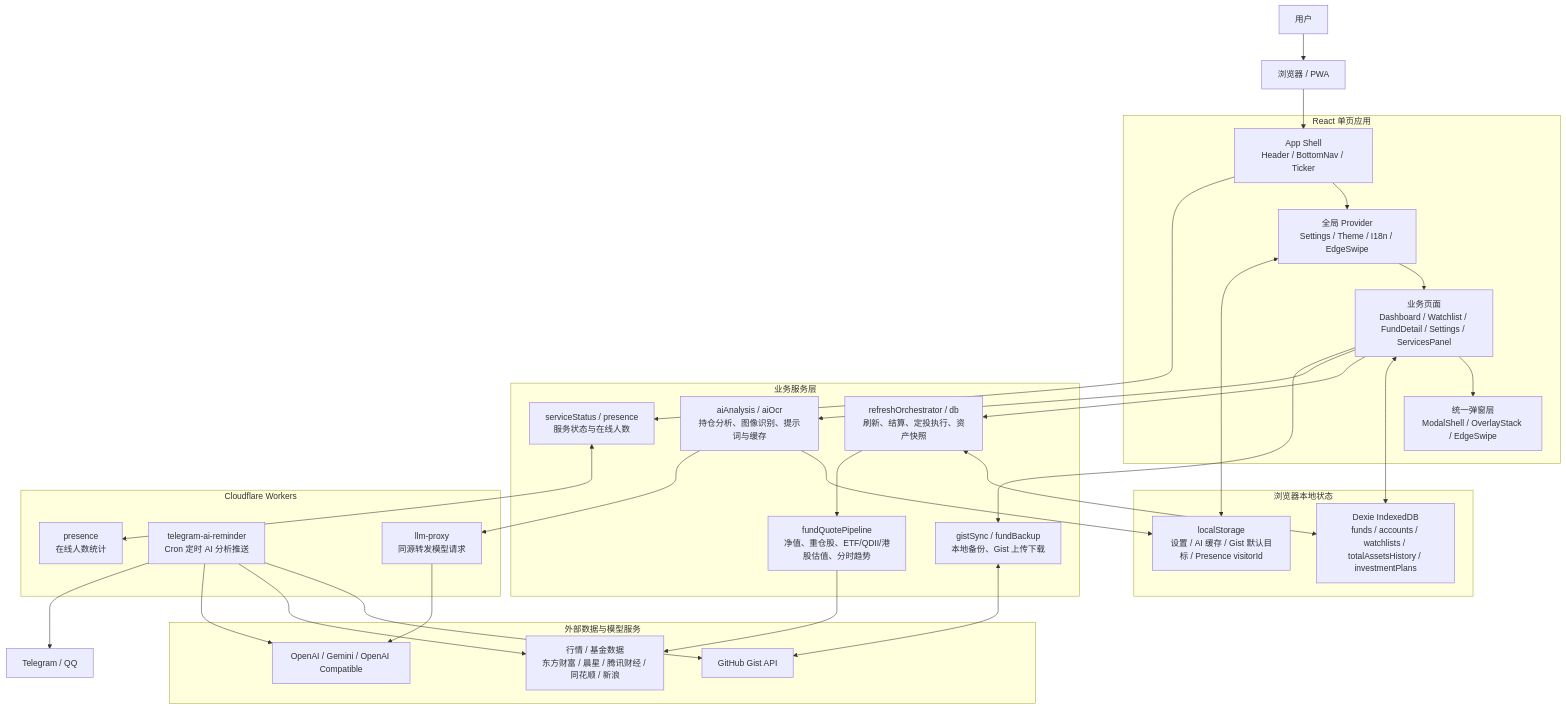
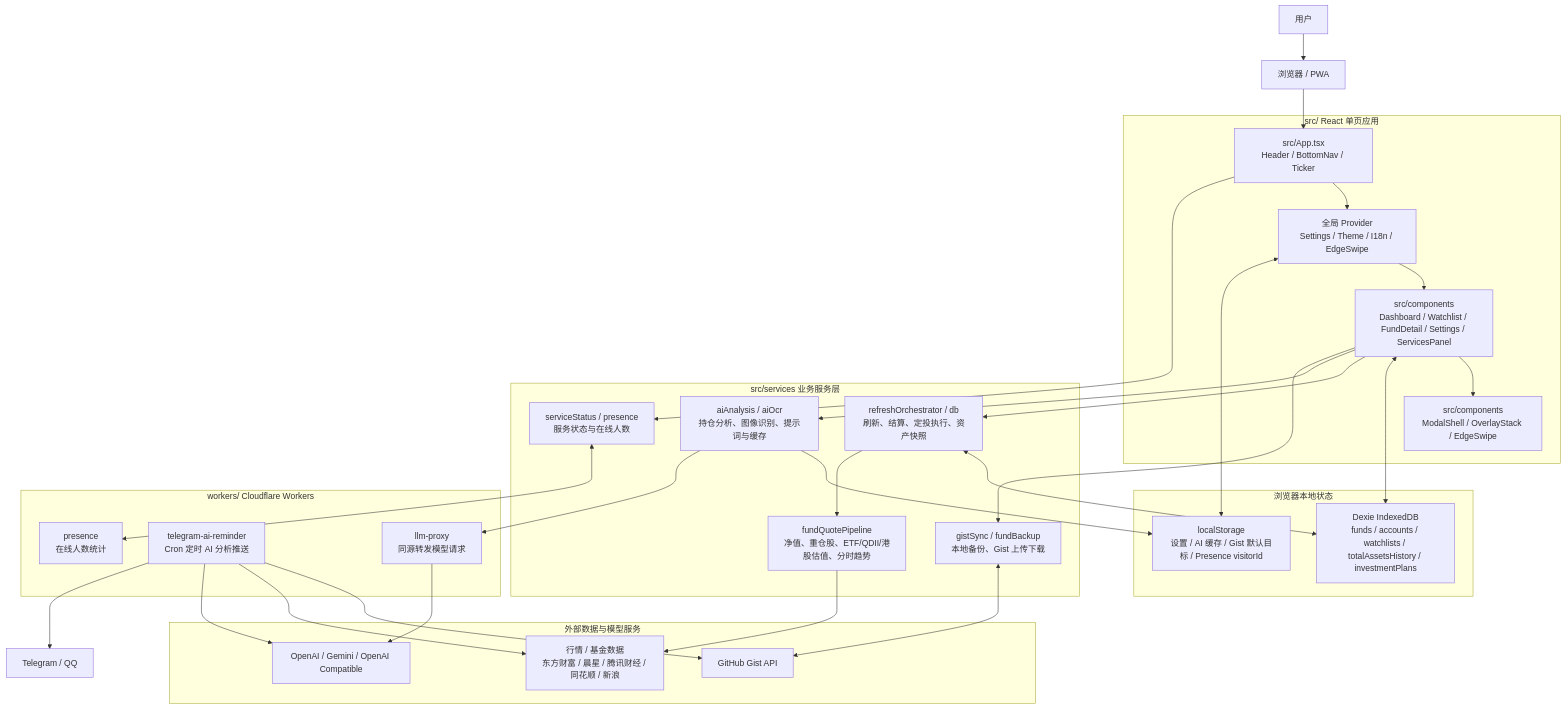
The diagram in README.md (SurpassHR/fund-manager), drawn with Mermaid before and after one commit. The commit also changed 1 other file, not shown here.

Commit message:
Update deploy workflow and architecture docs

````diff
--- a/README.md
+++ b/README.md
@@ -69,60 +69,60 @@
 ```mermaid
 flowchart TB
   User["用户"]
   Browser["浏览器 / PWA"]
 
-  subgraph App["React 单页应用"]
-    Shell["App Shell<br/>Header / BottomNav / Ticker"]
+  subgraph App["src/ React 单页应用"]
+    Shell["src/App.tsx<br/>Header / BottomNav / Ticker"]
     Providers["全局 Provider<br/>Settings / Theme / I18n / EdgeSwipe"]
-    Screens["业务页面<br/>Dashboard / Watchlist / FundDetail / Settings / ServicesPanel"]
-    Modals["统一弹窗层<br/>ModalShell / OverlayStack / EdgeSwipe"]
+    Screens["src/components<br/>Dashboard / Watchlist / FundDetail / Settings / ServicesPanel"]
+    Modals["src/components<br/>ModalShell / OverlayStack / EdgeSwipe"]
   end
 
   subgraph LocalState["浏览器本地状态"]
     Dexie["Dexie IndexedDB<br/>funds / accounts / watchlists / totalAssetsHistory / investmentPlans"]
     LocalStorage["localStorage<br/>设置 / AI 缓存 / Gist 默认目标 / Presence visitorId"]
   end
 
-  subgraph DomainServices["业务服务层"]
+  subgraph DomainServices["src/services 业务服务层"]
     Refresh["refreshOrchestrator / db<br/>刷新、结算、定投执行、资产快照"]
     QuotePipeline["fundQuotePipeline<br/>净值、重仓股、ETF/QDII/港股估值、分时趋势"]
     Analysis["aiAnalysis / aiOcr<br/>持仓分析、图像识别、提示词与缓存"]
     Sync["gistSync / fundBackup<br/>本地备份、Gist 上传下载"]
     Status["serviceStatus / presence<br/>服务状态与在线人数"]
   end
 
   subgraph ExternalApis["外部数据与模型服务"]
     MarketApis["行情 / 基金数据<br/>东方财富 / 晨星 / 腾讯财经 / 同花顺 / 新浪"]
     GitHub["GitHub Gist API"]
     AiApis["OpenAI / Gemini / OpenAI Compatible"]
   end
 
-  subgraph Workers["Cloudflare Workers"]
+  subgraph Workers["workers/ Cloudflare Workers"]
     LlmProxy["llm-proxy<br/>同源转发模型请求"]
     Reminder["telegram-ai-reminder<br/>Cron 定时 AI 分析推送"]
     PresenceWorker["presence<br/>在线人数统计"]
   end
 
   User --> Browser --> Shell
   Shell --> Providers --> Screens
   Screens --> Modals
   Screens <--> Dexie
   Providers <--> LocalStorage
   Screens --> Refresh
   Screens --> Analysis
   Screens --> Sync
   Shell --> Status
 
   Refresh <--> Dexie
   Refresh --> QuotePipeline
   QuotePipeline --> MarketApis
   Analysis --> LocalStorage
   Analysis --> LlmProxy --> AiApis
   Sync <--> GitHub
   Status <--> PresenceWorker
 
   Reminder --> GitHub
   Reminder --> MarketApis
   Reminder --> AiApis
   Reminder --> Telegram["Telegram / QQ"]
 ```
````
